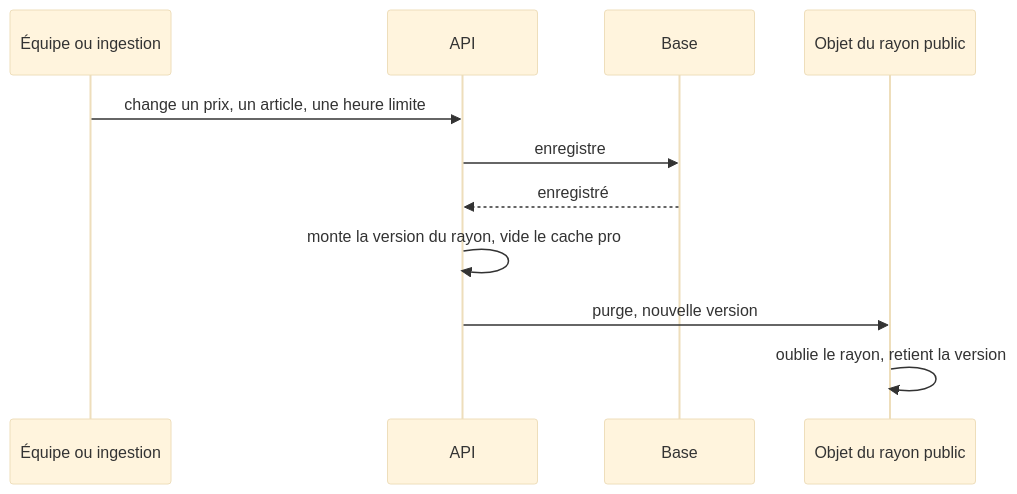
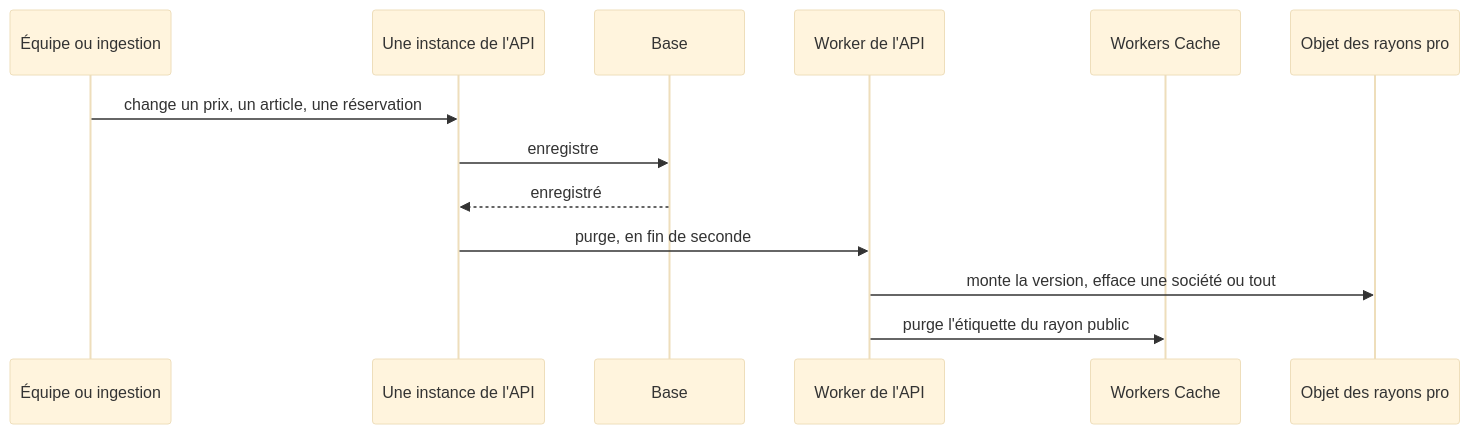
Before and after one commit to hugoheynard/lfd: the third of 3 diagrams in documentation/pricing/moteur/plan-cache-du-catalogue.md, drawn with Mermaid (base theme). The commit also changed other lines of this file, not shown here.

First line of the commit message:
docs(pricing): le cache du catalogue, quatrième forme

````diff
--- a/documentation/pricing/moteur/plan-cache-du-catalogue.md
+++ b/documentation/pricing/moteur/plan-cache-du-catalogue.md
@@ -72,13 +67,15 @@
 ```mermaid
 sequenceDiagram
   participant E as Équipe ou ingestion
-  participant A as API
+  participant A as Une instance de l'API
   participant B as Base
-  participant O as Objet du rayon public
-  E->>A: change un prix, un article, une heure limite
+  participant W as Worker de l'API
+  participant C as Workers Cache
+  participant O as Objet des rayons pro
+  E->>A: change un prix, un article, une réservation
   A->>B: enregistre
   B-->>A: enregistré
-  A->>A: monte la version du rayon, vide le cache pro
-  A->>O: purge, nouvelle version
-  O->>O: oublie le rayon, retient la version
+  A->>W: purge, en fin de seconde
+  W->>O: monte la version, efface une société ou tout
+  W->>C: purge l'étiquette du rayon public
 ```
````
